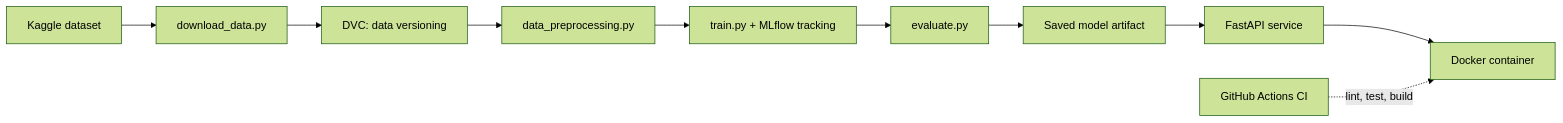
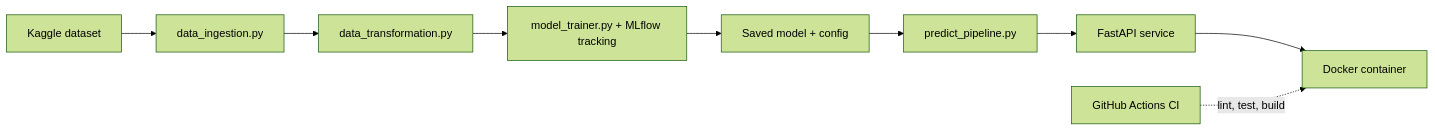
One commit to aradhya534/flood_risk_mlops changed the diagram in README.md. Above: the diagram before and after it, drawn with Mermaid (forest theme). The commit also changed other lines of this file, not shown here.

````diff
--- a/README.md
+++ b/README.md
@@ -43,12 +43,11 @@
 ```mermaid
 flowchart LR
-    A[Kaggle dataset] --> B[download_data.py]
-    B --> C[DVC: data versioning]
-    C --> D[data_preprocessing.py]
-    D --> E[train.py + MLflow tracking]
-    E --> F[evaluate.py]
-    F --> G[Saved model artifact]
-    G --> H[FastAPI service]
-    H --> I[Docker container]
-    J[GitHub Actions CI] -.lint, test, build.-> I
+    A[Kaggle dataset] --> B[data_ingestion.py]
+    B --> C[data_transformation.py]
+    C --> D[model_trainer.py + MLflow tracking]
+    D --> E[Saved model + config]
+    E --> F[predict_pipeline.py]
+    F --> G[FastAPI service]
+    G --> H[Docker container]
+    I[GitHub Actions CI] -.lint, test, build.-> H
 ```
````
